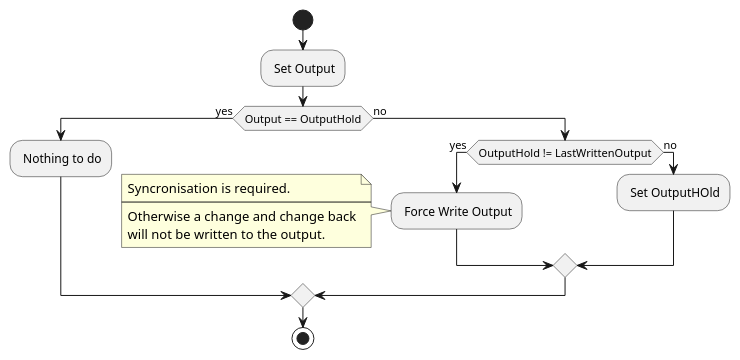
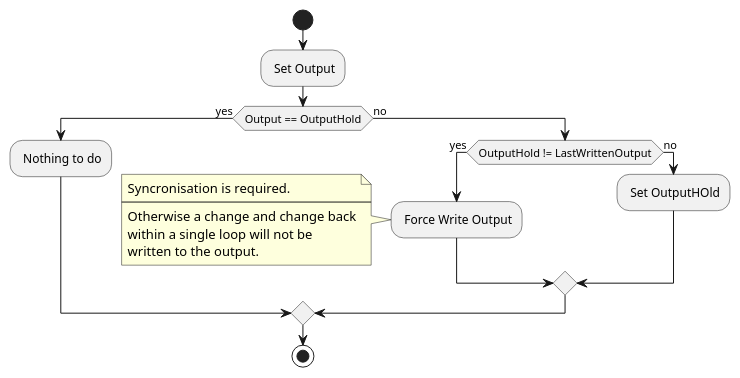
One commit to Klaus-fischer/RaspiSPS changed the diagram in UML/SetOutput.puml. Above: the diagram before and after it, drawn with PlantUML.

```diff
--- a/UML/SetOutput.puml
+++ b/UML/SetOutput.puml
@@ -1,24 +1,25 @@
 @startuml
 
 start
 : Set Output;
 if (Output == OutputHold) then (yes)
     : Nothing to do;
 
 else (no)
     if (OutputHold != LastWrittenOutput) then  (yes)
         : Force Write Output;
         note left
           Syncronisation is required.
           ----
           Otherwise a change and change back
-          will not be written to the output.
+          within a single loop will not be 
+          written to the output.
         end note
     else (no)
         : Set OutputHOld;
     endif
 endif
 
 stop
 
 @enduml
```
